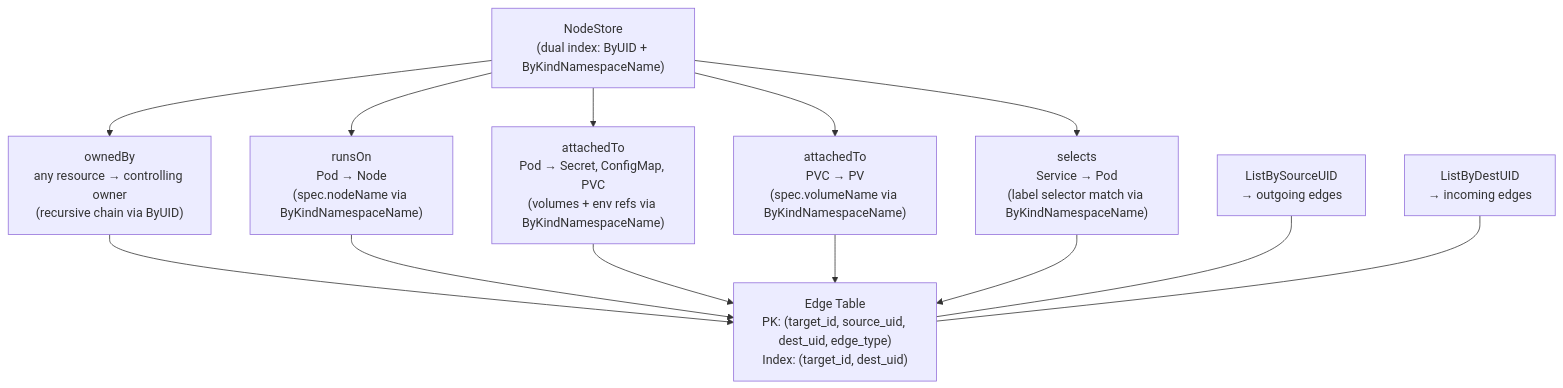
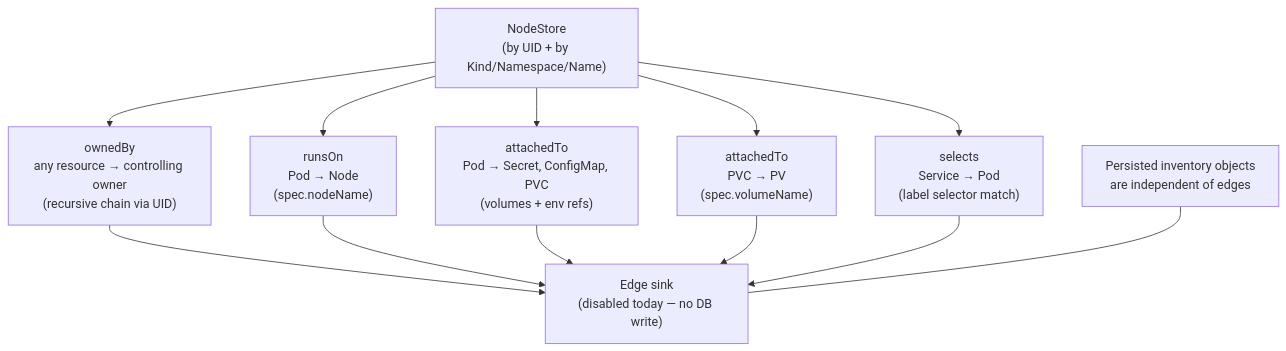
One commit to fleetshift/fleetshift-poc changed the third of 4 diagrams in docs/design/addons/kubernetes-addon-diagrams.md. Above: the diagram before and after it, drawn with Mermaid. The commit also changed other lines of this file and 1 other file, not shown here.

````diff
--- a/docs/design/addons/kubernetes-addon-diagrams.md
+++ b/docs/design/addons/kubernetes-addon-diagrams.md
@@ -99,27 +103,26 @@
 ```mermaid
 flowchart TD
-    nodeStore["NodeStore\n(dual index: ByUID + ByKindNamespaceName)"]
+    nodeStore["NodeStore\n(by UID + by Kind/Namespace/Name)"]
 
-    ownedBy["ownedBy\nany resource → controlling owner\n(recursive chain via ByUID)"]
-    runsOn["runsOn\nPod → Node\n(spec.nodeName via ByKindNamespaceName)"]
-    attachedTo["attachedTo\nPod → Secret, ConfigMap, PVC\n(volumes + env refs via ByKindNamespaceName)"]
-    pvcPV["attachedTo\nPVC → PV\n(spec.volumeName via ByKindNamespaceName)"]
-    selects["selects\nService → Pod\n(label selector match via ByKindNamespaceName)"]
+    ownedBy["ownedBy\nany resource → controlling owner\n(recursive chain via UID)"]
+    runsOn["runsOn\nPod → Node\n(spec.nodeName)"]
+    attachedTo["attachedTo\nPod → Secret, ConfigMap, PVC\n(volumes + env refs)"]
+    pvcPV["attachedTo\nPVC → PV\n(spec.volumeName)"]
+    selects["selects\nService → Pod\n(label selector match)"]
 
-    edgeTable["Edge Table\nPK: (target_id, source_uid, dest_uid, edge_type)\nIndex: (target_id, dest_uid)"]
+    edgeSink["Edge sink\n(disabled today — no DB write)"]
 
     nodeStore --> ownedBy
     nodeStore --> runsOn
     nodeStore --> attachedTo
     nodeStore --> pvcPV
     nodeStore --> selects
 
-    ownedBy --> edgeTable
-    runsOn --> edgeTable
-    attachedTo --> edgeTable
-    pvcPV --> edgeTable
-    selects --> edgeTable
+    ownedBy --> edgeSink
+    runsOn --> edgeSink
+    attachedTo --> edgeSink
+    pvcPV --> edgeSink
+    selects --> edgeSink
 
-    queryOut["ListBySourceUID\n→ outgoing edges"] --- edgeTable
-    queryIn["ListByDestUID\n→ incoming edges"] --- edgeTable
+    note["Persisted inventory objects\nare independent of edges"] --- edgeSink
 ```
````
